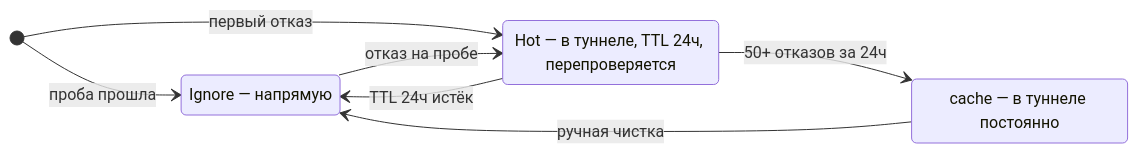
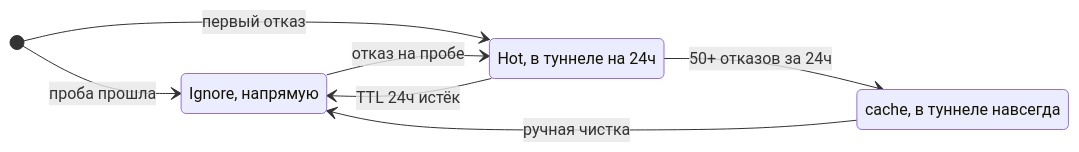
Before and after one commit to belotserkovtsev/Ladon: the first of 2 diagrams in docs/methodology.md, drawn with Mermaid. The commit also changed other lines of this file, not shown here.

````diff
--- a/docs/methodology.md
+++ b/docs/methodology.md
@@ -38,13 +38,13 @@
 ```mermaid
 stateDiagram-v2
     direction LR
     [*] --> Ignore: проба прошла
     [*] --> Hot: первый отказ
     Ignore --> Hot: отказ на пробе
     Hot --> cache: 50+ отказов за 24ч
     Hot --> Ignore: TTL 24ч истёк
     cache --> Ignore: ручная чистка
-    Ignore: Ignore — напрямую
-    Hot: Hot — в туннеле, TTL 24ч, перепроверяется
-    cache: cache — в туннеле постоянно
+    Ignore: Ignore, напрямую
+    Hot: Hot, в туннеле на 24ч
+    cache: cache, в туннеле навсегда
 ```
````
